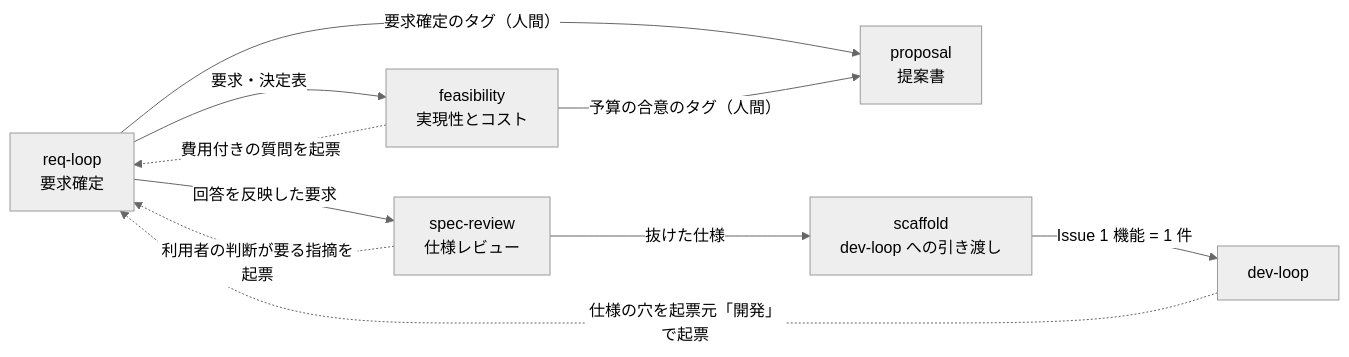
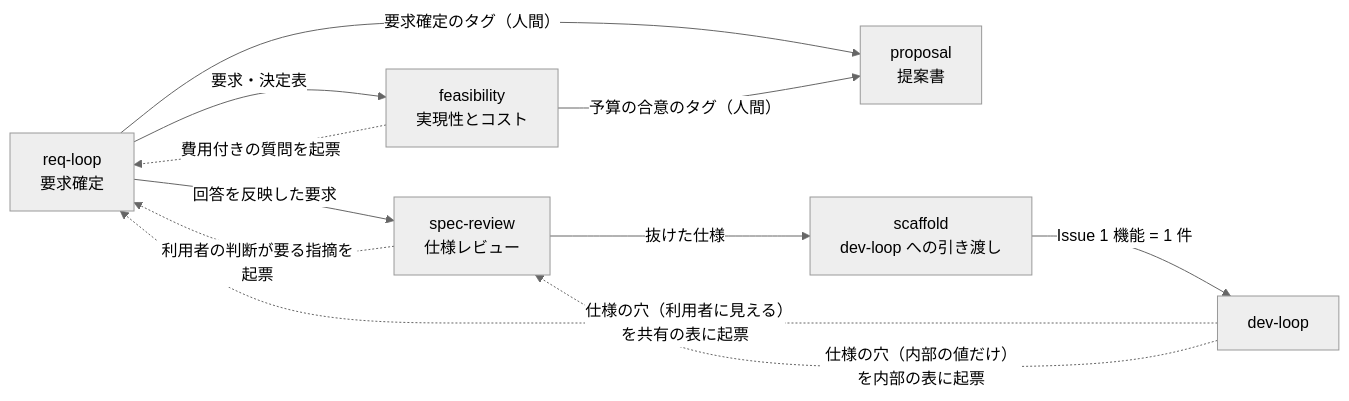
The diagram in docs/plugins/spec-loop.md (hdknr/claude-code-setup), drawn with Mermaid (neutral theme) before and after one commit. The commit also changed other lines of this file and 1 other file, not shown here.

````diff
--- a/docs/plugins/spec-loop.md
+++ b/docs/plugins/spec-loop.md
@@ -17,12 +17,13 @@
 ```mermaid
 flowchart LR
     RL["req-loop<br/>要求確定"] -->|回答を反映した要求| SR["spec-review<br/>仕様レビュー"]
     SR -.->|利用者の判断が要る指摘を起票| RL
     RL -->|要求・決定表| FE["feasibility<br/>実現性とコスト"]
     FE -.->|費用付きの質問を起票| RL
     RL -->|要求確定のタグ（人間）| PR["proposal<br/>提案書"]
     FE -->|予算の合意のタグ（人間）| PR
     SR -->|抜けた仕様| SC["scaffold<br/>dev-loop への引き渡し"]
     SC -->|Issue 1 機能 = 1 件| DL["dev-loop"]
-    DL -.->|仕様の穴を起票元「開発」で起票| RL
+    DL -.->|仕様の穴（利用者に見える）を共有の表に起票| RL
+    DL -.->|仕様の穴（内部の値だけ）を内部の表に起票| SR
 ```
````
